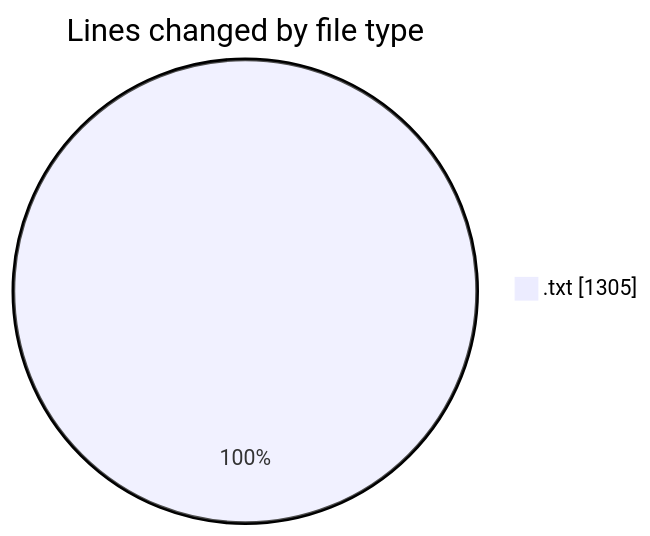
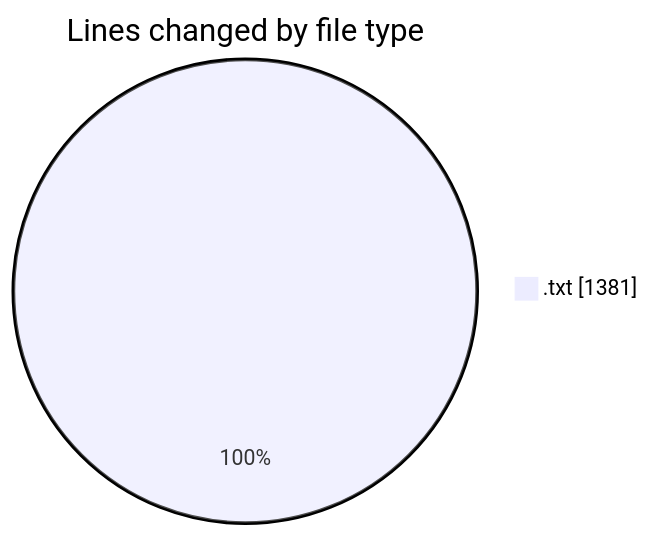
The first of 2 diagrams in 2026-11-23/cilapp/README.md (ricardozamudiocil/code-tracking), drawn with Mermaid before and after one commit. The commit also changed other lines of this file and 1 other file, not shown here.

````diff
--- a/2026-11-23/cilapp/README.md
+++ b/2026-11-23/cilapp/README.md
@@ -20,5 +20,5 @@
 ```mermaid
 pie showData
 title Lines changed by file type
-".txt" : 1305
+".txt" : 1381
 ```
````
